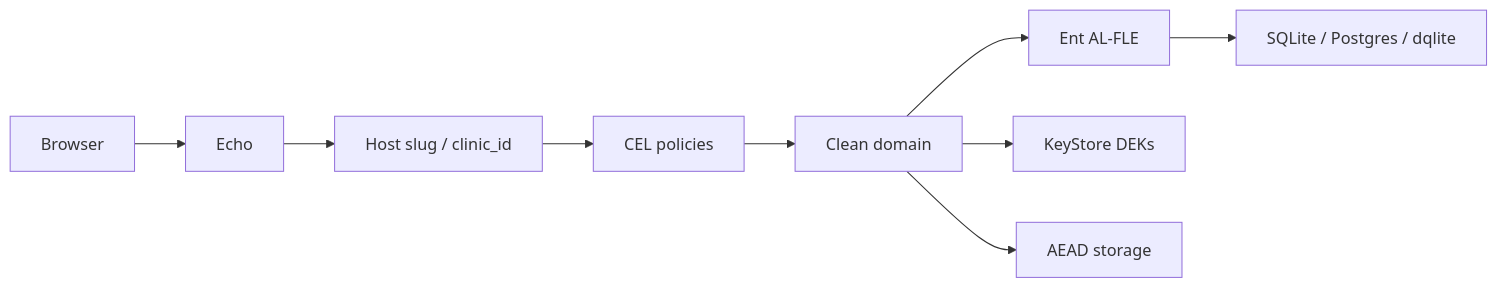
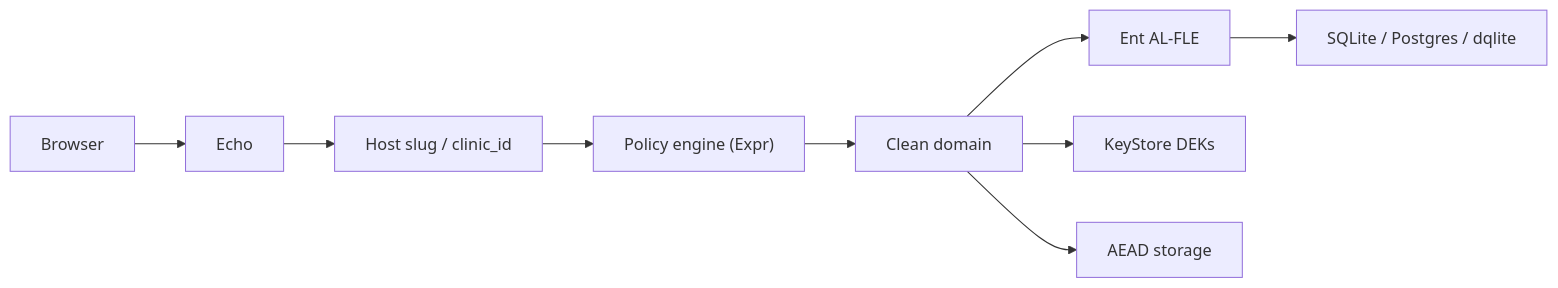
The first of 2 diagrams in README.md (librevita/librevita), drawn with Mermaid before and after one commit. The commit also changed other lines of this file and 180 other files, not shown here.

````diff
--- a/README.md
+++ b/README.md
@@ -65,11 +65,11 @@
 ```mermaid
 flowchart LR
   Browser --> Echo
   Echo --> Host["Host slug / clinic_id"]
-  Host --> CEL["CEL policies"]
-  CEL --> Domain["Clean domain"]
+  Host --> Policy["Policy engine (Expr)"]
+  Policy --> Domain["Clean domain"]
   Domain --> FLE["Ent AL-FLE"]
   FLE --> DB["SQLite / Postgres / dqlite"]
   Domain --> KeyStore["KeyStore DEKs"]
   Domain --> Files["AEAD storage"]
 ```
````
